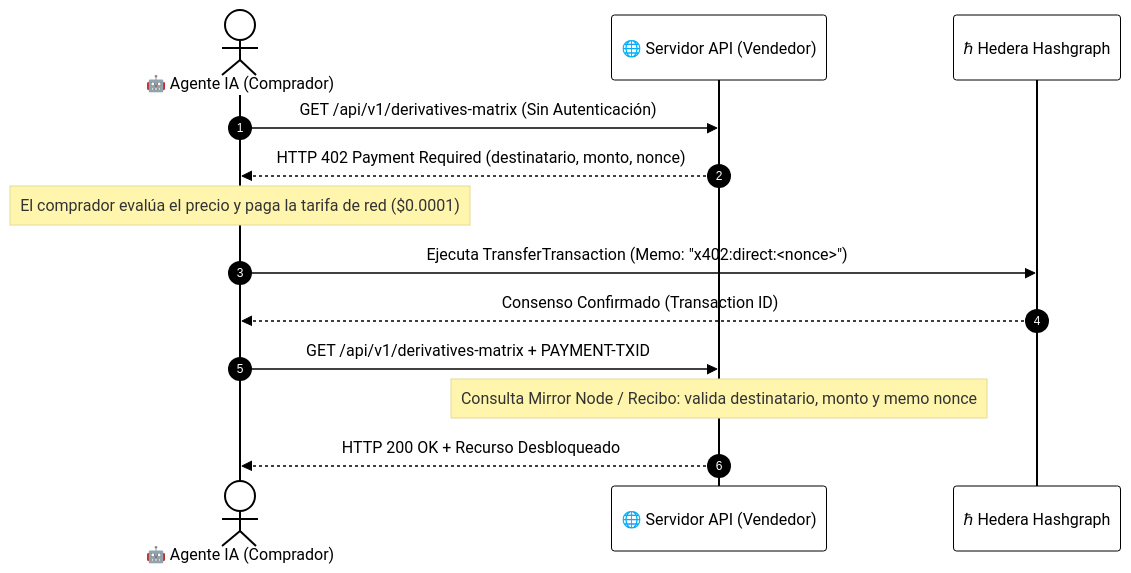
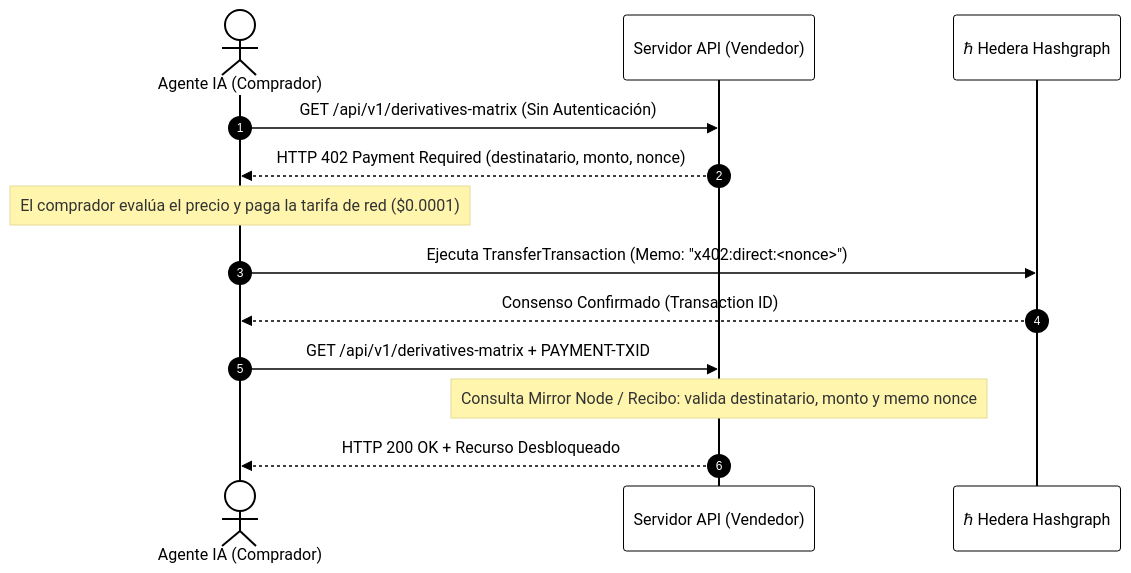
Before and after one commit to altaga/Hedera-By-Example: the second of 2 diagrams in course/Spanish/M10_Agentic_Micropayments_x402/README.md, drawn with Mermaid. The commit also changed other lines of this file and 590 other files, not shown here.

````diff
--- a/course/Spanish/M10_Agentic_Micropayments_x402/README.md
+++ b/course/Spanish/M10_Agentic_Micropayments_x402/README.md
@@ -78,34 +78,34 @@
 ```mermaid
 %%{init: {
   'theme': 'base',
   'themeVariables': {
     'primaryColor': '#ffffff',
     'primaryTextColor': '#000000',
     'primaryBorderColor': '#000000',
     'lineColor': '#000000',
     'secondaryColor': '#0066cc',
     'tertiaryColor': '#ffffff',
     'mainBkg': '#ffffff',
     'nodeBorder': '#000000',
     'clusterBkg': '#F9F9F6',
     'clusterBorder': '#000000',
     'fontSize': '14px',
     'fontFamily': 'Inter, system-ui, -apple-system, sans-serif',
     'nodeRadius': '0px'
   }
 }}%%
 sequenceDiagram
     autonumber
-    actor Agent as 🤖 Agente IA (Comprador)
-    participant Server as 🌐 Servidor API (Vendedor)
+    actor Agent as  Agente IA (Comprador)
+    participant Server as  Servidor API (Vendedor)
     participant Hedera as ℏ Hedera Hashgraph
 
     Agent->>Server: GET /api/v1/derivatives-matrix (Sin Autenticación)
     Server-->>Agent: HTTP 402 Payment Required (destinatario, monto, nonce)
     Note over Agent: El comprador evalúa el precio y paga la tarifa de red ($0.0001)
     Agent->>Hedera: Ejecuta TransferTransaction (Memo: "x402:direct:<nonce>")
     Hedera-->>Agent: Consenso Confirmado (Transaction ID)
     Agent->>Server: GET /api/v1/derivatives-matrix + PAYMENT-TXID
     Note over Server: Consulta Mirror Node / Recibo: valida destinatario, monto y memo nonce
     Server-->>Agent: HTTP 200 OK + Recurso Desbloqueado
 ```
````
